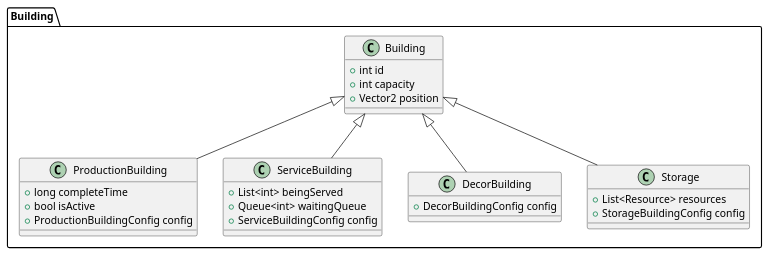
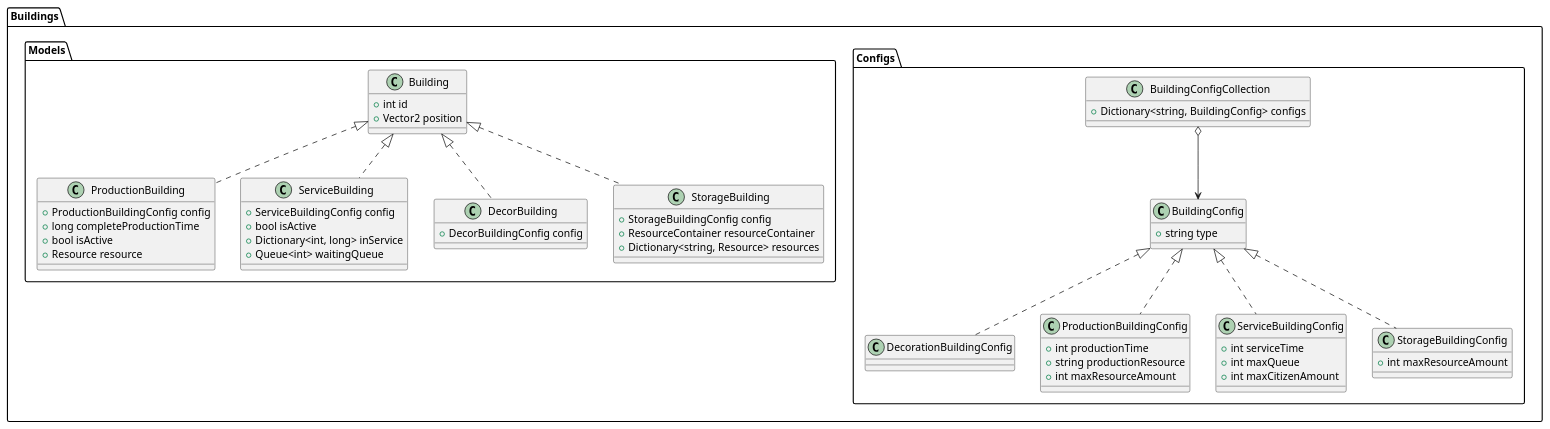
Before and after one commit to minusrep/Pivo-UML: the diagram in Entities.puml, drawn with PlantUML. The commit also changed 2 other files, not shown here.

Commit message:
refactor: building config

```diff
--- a/Entities.puml
+++ b/Entities.puml
@@ -1,43 +1,90 @@
 @startuml
 
-package "Building"
+package "Buildings"
 {
-    class Building
+    package "Configs"{
+        
+        class BuildingConfigCollection 
+        {
+            +Dictionary<string, BuildingConfig> configs
+        }
+        
+        class BuildingConfig
+        {
+            +string type
+        }
+        
+        class DecorationBuildingConfig
+        {
+        }
+        
+        class ProductionBuildingConfig
+        {
+            +int productionTime        
+            +string productionResource
+            +int maxResourceAmount
+        }
+        
+        class ServiceBuildingConfig 
+        {
+            +int serviceTime
+            +int maxQueue
+            +int maxCitizenAmount
+        }
+        
+        class StorageBuildingConfig 
+        {
+            +int maxResourceAmount
+        }
+        
+        BuildingConfig <|.. DecorationBuildingConfig  
+        BuildingConfig <|.. ProductionBuildingConfig  
+        BuildingConfig <|.. ServiceBuildingConfig  
+        BuildingConfig <|.. StorageBuildingConfig  
+        BuildingConfigCollection o--> BuildingConfig 
+    }
+
+    package "Models"
     {
-        +int id
-        +int capacity
-        +Vector2 position
+        class Building
+        {
+            +int id
+            +Vector2 position
+        }
+        
+        class ProductionBuilding
+        {
+            +ProductionBuildingConfig config
+            +long completeProductionTime
+            +bool isActive
+            +Resource resource
+        }
+        
+        class ServiceBuilding
+        {
+            +ServiceBuildingConfig config
+            +bool isActive
+            +Dictionary<int, long> inService
+            +Queue<int> waitingQueue
+        }
+        
+        class DecorBuilding
+        {
+            +DecorBuildingConfig config
+        }
+        
+        class StorageBuilding
+        {
+            +StorageBuildingConfig config
+            +ResourceContainer resourceContainer
+            +Dictionary<string, Resource> resources
+        }
+        
+        Building <|.. ProductionBuilding
+        Building <|.. ServiceBuilding
+        Building <|.. DecorBuilding
+        Building <|.. StorageBuilding
     }
-    
-    class ProductionBuilding
-    {
-        +long completeTime
-        +bool isActive
-        +ProductionBuildingConfig config
-    }
-    
-    class ServiceBuilding
-    {
-        +List<int> beingServed
-        +Queue<int> waitingQueue
-        +ServiceBuildingConfig config
-    }
-    
-    class DecorBuilding
-    {
-        +DecorBuildingConfig config
-    }
-    
-    class Storage
-    {
-        +List<Resource> resources
-        +StorageBuildingConfig config
-    }
-    
-    Building <|-- ProductionBuilding
-    Building <|-- ServiceBuilding
-    Building <|-- DecorBuilding
-    Building <|-- Storage
 }
 
 @enduml
```
